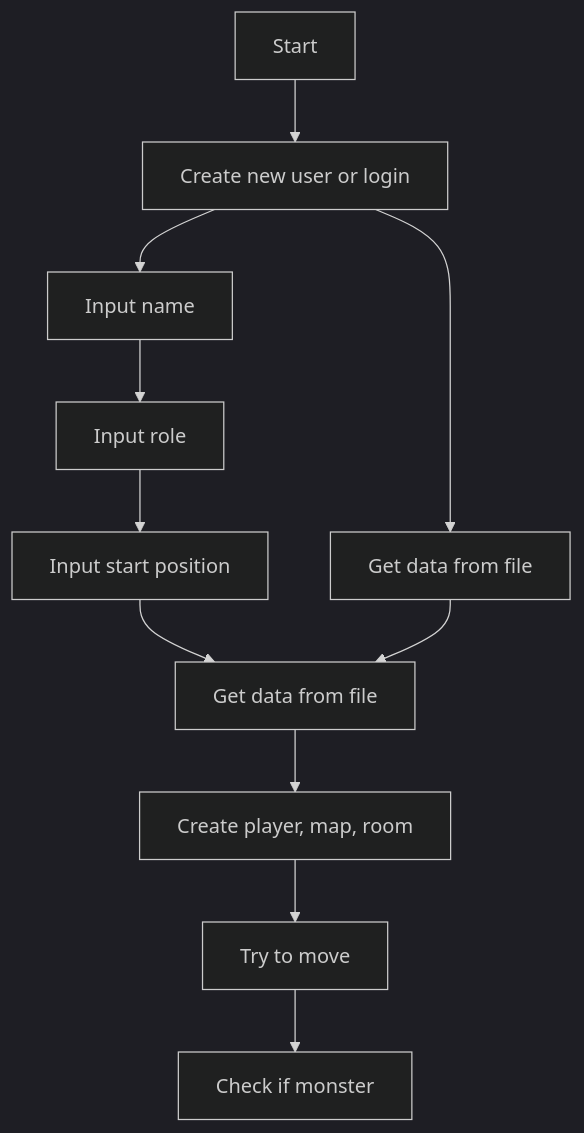
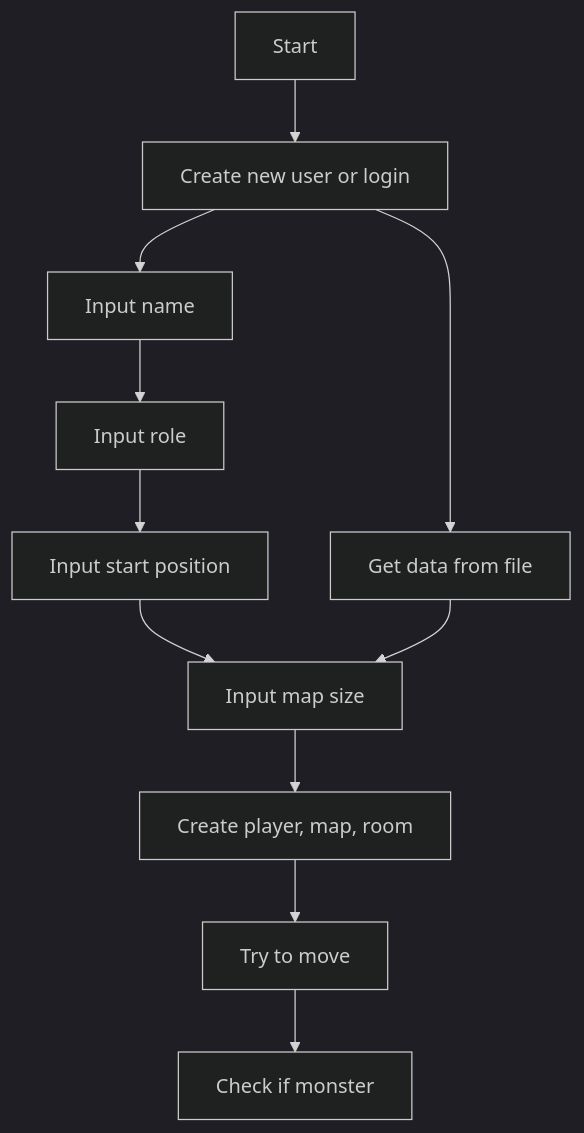
The second of 2 diagrams in README.md (JarlJakobsson/DevOps22-Kebabpatrullen), drawn with Mermaid (dark theme) before and after one commit. The commit also changed other lines of this file, not shown here.

````diff
--- a/README.md
+++ b/README.md
@@ -105,13 +105,13 @@
 ```mermaid
 graph TD
 A[Start] --> B[Create new user or login]
 B --> C[Input name]
 B --> D[Get data from file]
 C --> E[Input role]
 E --> F[Input start position]
 F --> G[Input map size]
-D --> G[Get data from file]
+D --> G[Input map size]
 G --> H[Create player, map, room]
 H --> I[Try to move]
 I --> J[Check if monster]
 ```
````
